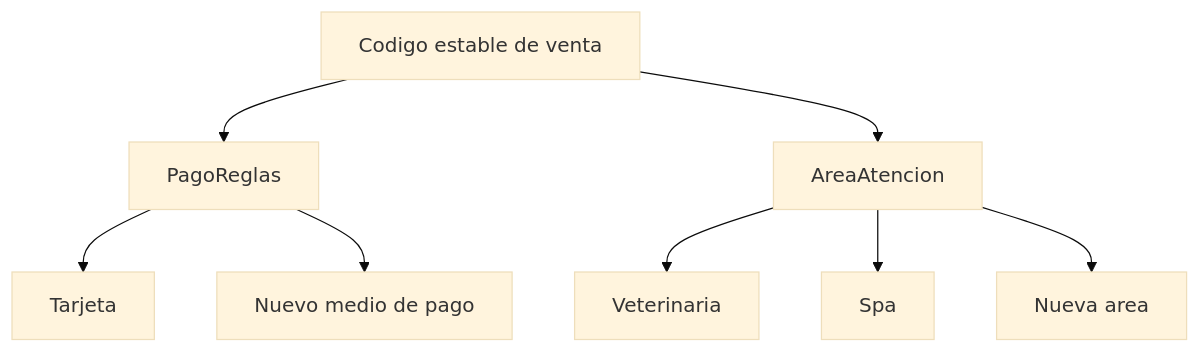
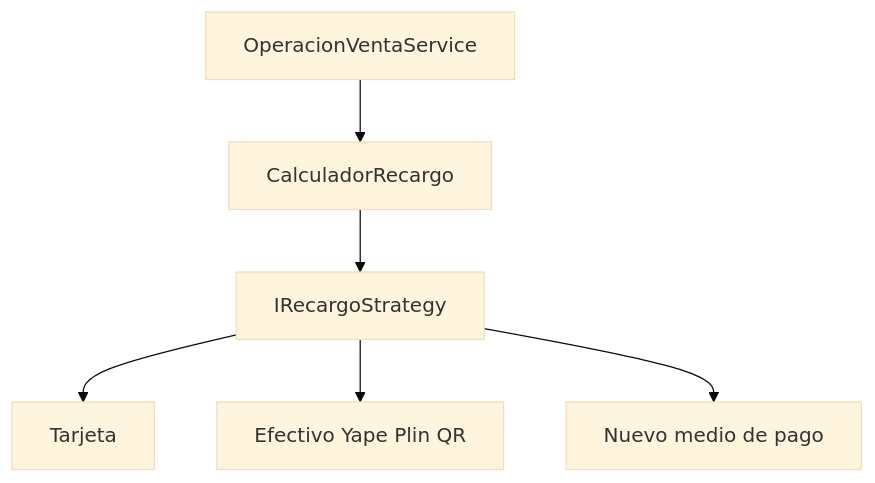
The second of 2 diagrams in Docs/06_ABIERTO_CERRADO.md (KhipuSys/petmor-sistema-veterinaria-spa), drawn with Mermaid (base theme) before and after one commit. The commit also changed other lines of this file and 2 other files, not shown here.

Commit message:
docs: expand OCP strategy example

````diff
--- a/Docs/06_ABIERTO_CERRADO.md
+++ b/Docs/06_ABIERTO_CERRADO.md
@@ -55,10 +140,8 @@
 ```mermaid
 flowchart TB
-    A[Codigo estable de venta] --> B[PagoReglas]
-    B --> C[Tarjeta]
-    B --> D[Nuevo medio de pago]
-    A --> E[AreaAtencion]
-    E --> F[Veterinaria]
-    E --> G[Spa]
-    E --> H[Nueva area]
+    A[OperacionVentaService] --> B[CalculadorRecargo]
+    B --> C[IRecargoStrategy]
+    C --> D[Tarjeta]
+    C --> E[Efectivo Yape Plin QR]
+    C --> F[Nuevo medio de pago]
 ```
````
